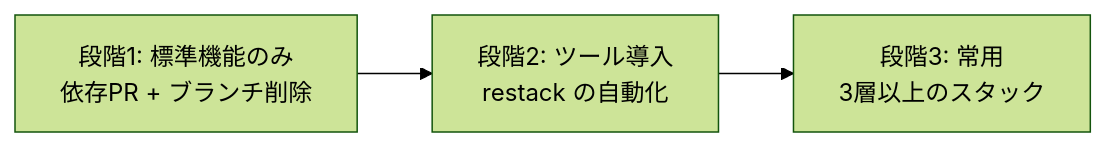
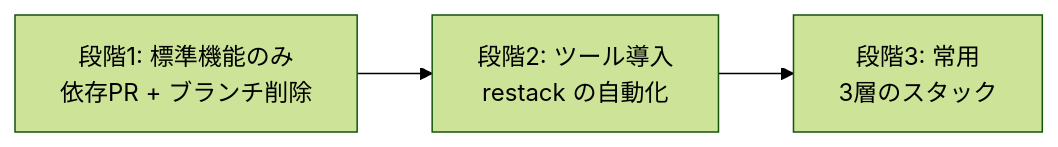
The diagram in src/content/docs/phase5-implementation/stacked-pr.md (Takenori-Kusaka/process-compass), drawn with Mermaid (forest theme) before and after one commit. The commit also changed other lines of this file and 44 other files, not shown here.

````diff
--- a/src/content/docs/phase5-implementation/stacked-pr.md
+++ b/src/content/docs/phase5-implementation/stacked-pr.md
@@ -34,5 +34,5 @@
 ```mermaid
 graph LR
   A["段階1: 標準機能のみ<br>依存PR + ブランチ削除"] --> B["段階2: ツール導入<br>restack の自動化"]
-  B --> C["段階3: 常用<br>3層以上のスタック"]
+  B --> C["段階3: 常用<br>3層のスタック"]
 ```
````
